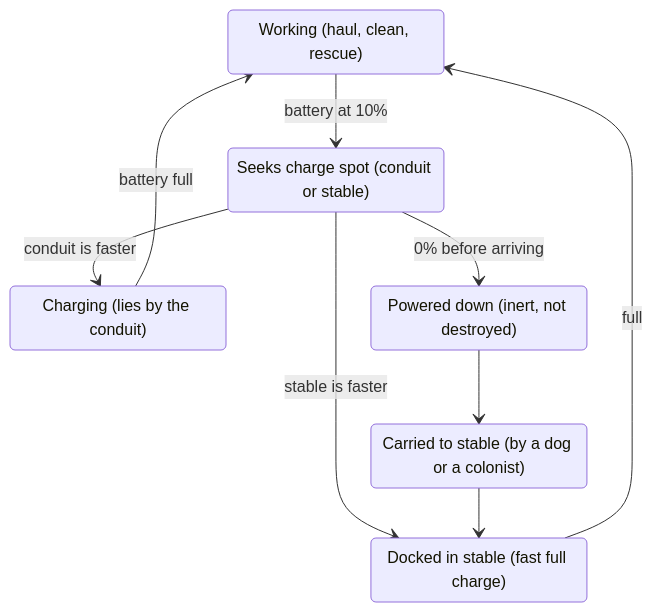
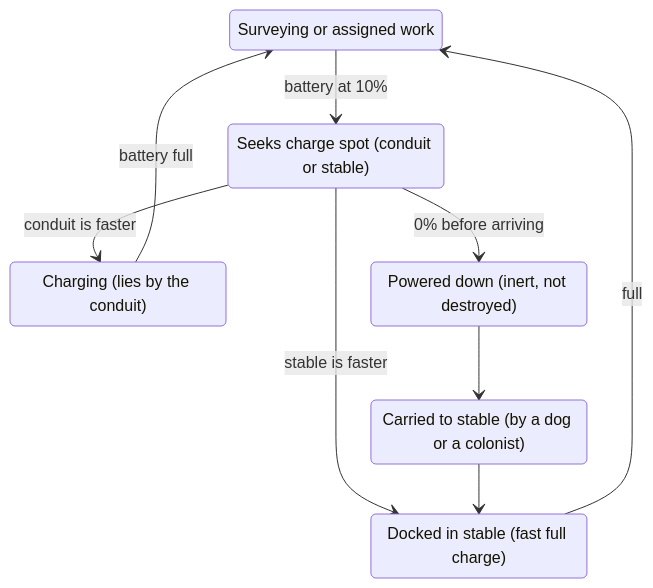
One commit to jtj9817/Quadrunner-mod-rw changed the first of 2 diagrams in docs/design.md. Above: the diagram before and after it, drawn with Mermaid. The commit also changed other lines of this file and 30 other files, not shown here.

````diff
--- a/docs/design.md
+++ b/docs/design.md
@@ -86,17 +88,17 @@
 ```mermaid
 stateDiagram-v2
-    Working: Working (haul, clean, rescue)
+    Working: Surveying or assigned work
     Seek: Seeks charge spot (conduit or stable)
     Charging: Charging (lies by the conduit)
     Down: Powered down (inert, not destroyed)
     Carried: Carried to stable (by a dog or a colonist)
     Docked: Docked in stable (fast full charge)
     Working --> Seek: battery at 10%
     Seek --> Charging: conduit is faster
     Seek --> Docked: stable is faster
     Seek --> Down: 0% before arriving
     Charging --> Working: battery full
     Down --> Carried
     Carried --> Docked
     Docked --> Working: full
 ```
````
